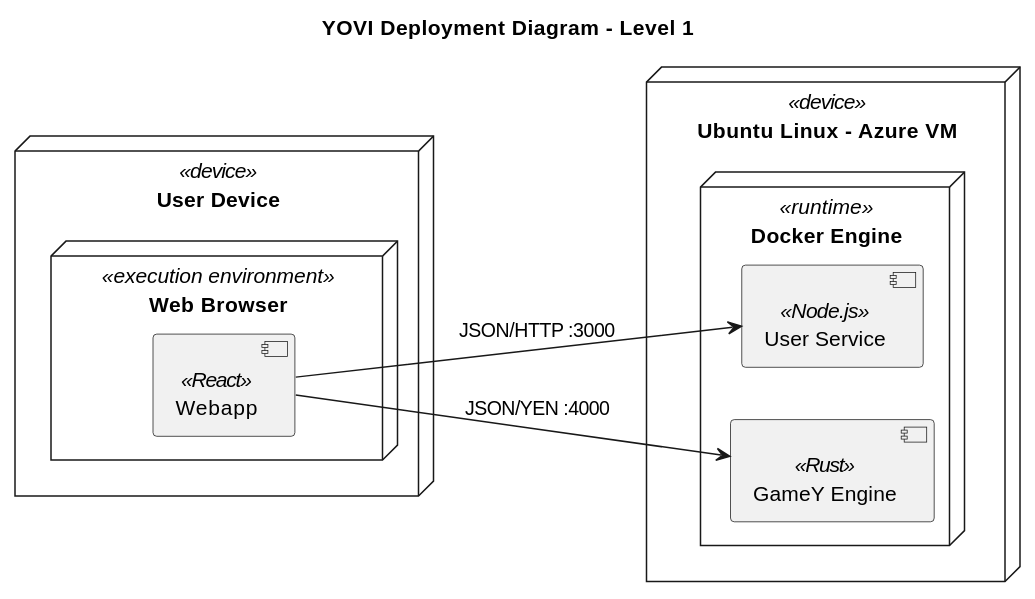
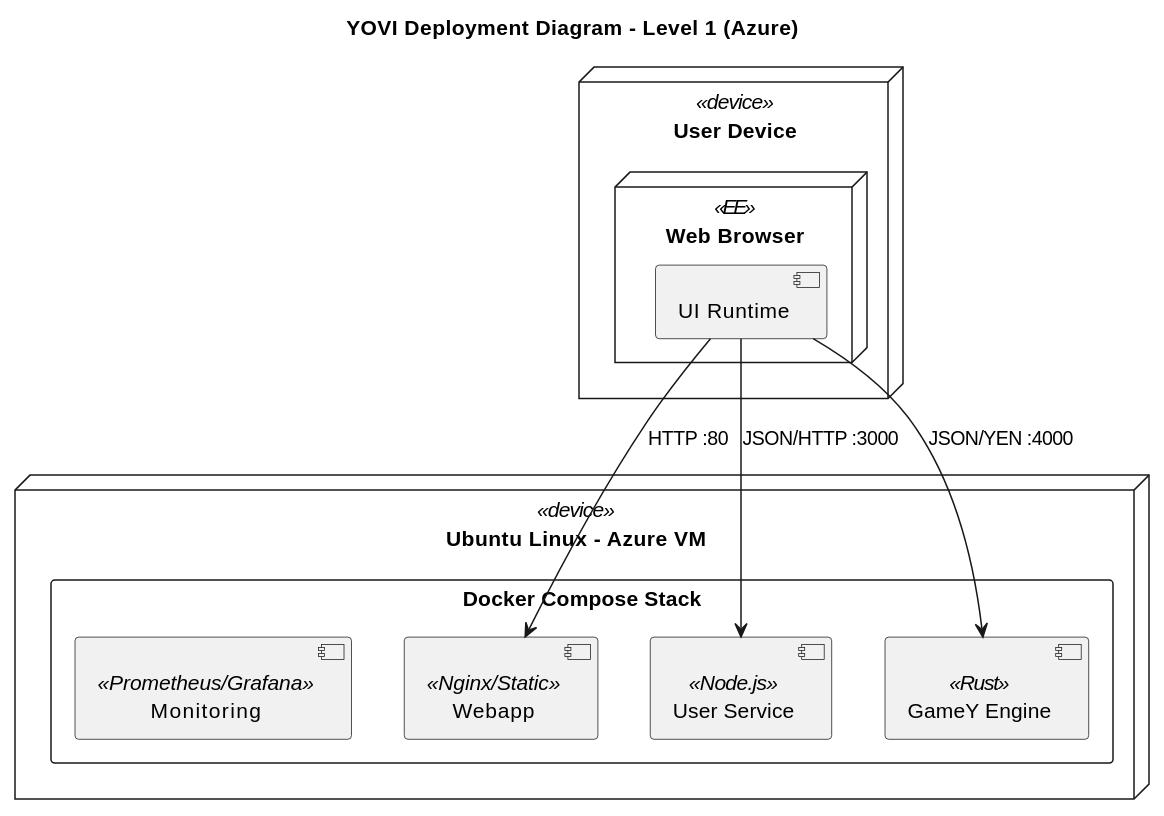
Before and after one commit to Arquisoft/yovi_en1a: the first of 2 diagrams in docs/src/07_deployment_view.adoc, drawn with PlantUML. The commit also changed other lines of this file, not shown here.

Commit message:
Added missing information in section 07. Still missing diagram correction

```diff
--- a/docs/src/07_deployment_view.adoc
+++ b/docs/src/07_deployment_view.adoc
@@ -10,25 +8,27 @@
 [plantuml, level1-whitebox, svg]
 ----
 @startuml
-title YOVI Deployment Diagram - Level 1
+title YOVI Deployment Diagram - Level 1 (Azure)
 
 skinparam componentStyle uml2
-left to right direction
 
 node "User Device" <<device>> {
-    node "Web Browser" <<execution environment>> {
-        component [Webapp] as webapp <<React>>
-    }
+  node "Web Browser" <<EE>> {
+    component [UI Runtime] as ui
+  }
 }
 
 node "Ubuntu Linux - Azure VM" <<device>> {
-    node "Docker Engine" <<runtime>> {
-        component [User Service] as usersvc <<Node.js>>
-        component [GameY Engine] as gamey <<Rust>>
-    }
+  rectangle "Docker Compose Stack" {
+    component [Webapp] as webapp <<Nginx/Static>>
+    component [User Service] as usersvc <<Node.js>>
+    component [GameY Engine] as gamey <<Rust>>
+    component [Monitoring] as mon <<Prometheus/Grafana>>
+  }
 }
 
-webapp --> usersvc : "JSON/HTTP :3000"
-webapp --> gamey : "JSON/YEN :4000"
+ui --> webapp : "HTTP :80"
+ui --> usersvc : "JSON/HTTP :3000"
+ui --> gamey : "JSON/YEN :4000"
 @enduml
 ----
```
